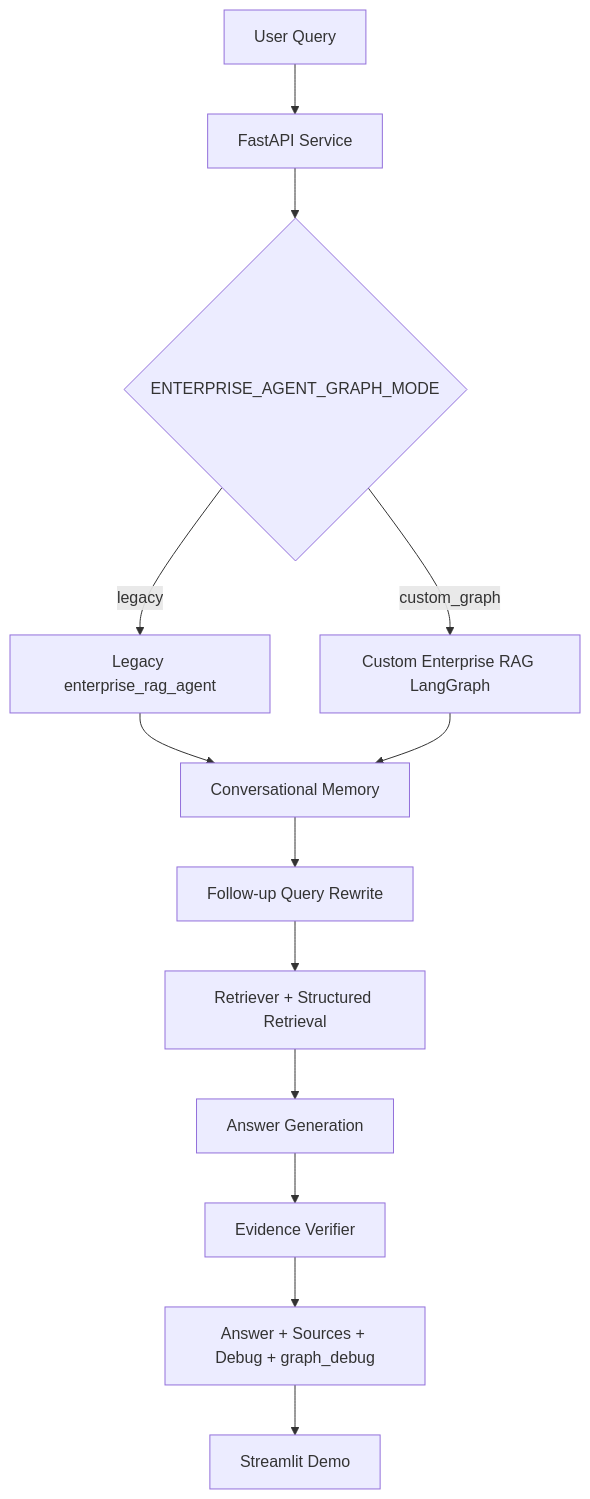
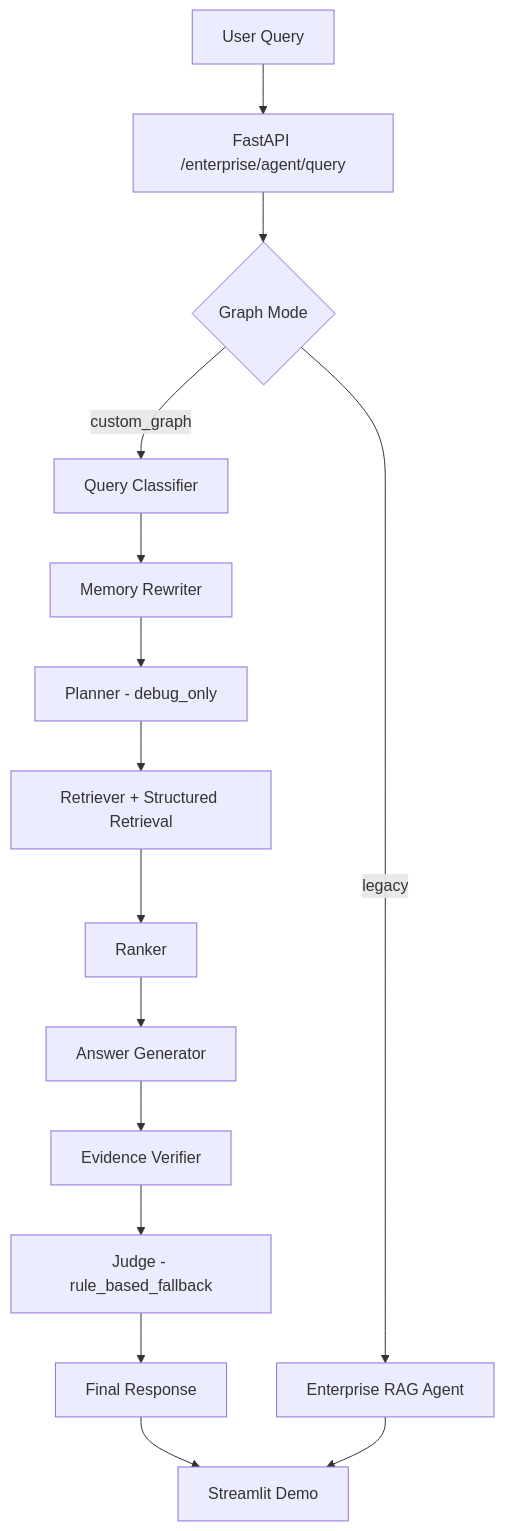
Before and after one commit to piao666/agent-service-toolkit: the diagram in README.md, drawn with Mermaid. The commit also changed other lines of this file, not shown here.

Commit message:
docs: update enterprise rag project readme

````diff
--- a/README.md
+++ b/README.md
@@ -41,15 +18,17 @@
 ```mermaid
-flowchart TD
-    U["User Query"] --> API["FastAPI Service"]
-    API --> MODE{"ENTERPRISE_AGENT_GRAPH_MODE"}
-    MODE -->|legacy| A["Legacy enterprise_rag_agent"]
-    MODE -->|custom_graph| CG["Custom Enterprise RAG LangGraph"]
-    A --> M["Conversational Memory"]
-    CG --> M
-    M --> Q["Follow-up Query Rewrite"]
-    Q --> R["Retriever + Structured Retrieval"]
-    R --> G["Answer Generation"]
-    G --> V["Evidence Verifier"]
-    V --> O["Answer + Sources + Debug + graph_debug"]
-    O --> UI["Streamlit Demo"]
+graph TD
+    A[User Query] --> B[FastAPI /enterprise/agent/query]
+    B --> C{Graph Mode}
+    C -->|legacy| D[Enterprise RAG Agent]
+    C -->|custom_graph| E[Query Classifier]
+    E --> F[Memory Rewriter]
+    F --> G[Planner - debug_only]
+    G --> H[Retriever + Structured Retrieval]
+    H --> I[Ranker]
+    I --> J[Answer Generator]
+    J --> K[Evidence Verifier]
+    K --> L[Judge - rule_based_fallback]
+    L --> M[Final Response]
+    M --> N[Streamlit Demo]
+    D --> N
 ```
````
